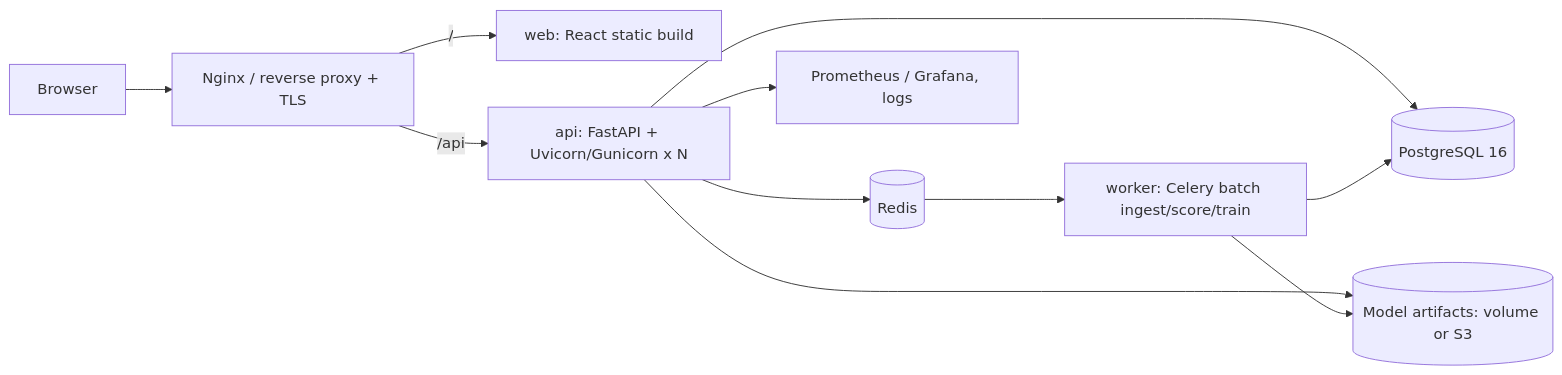
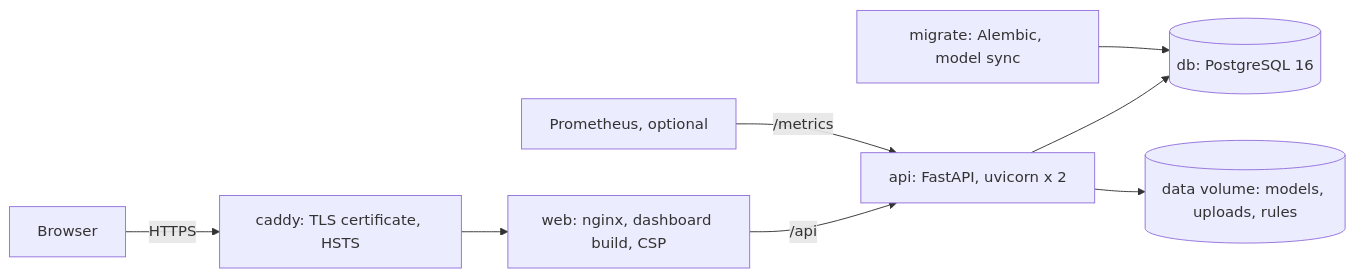
One commit to Tanweer076/Fraud-Risk-Platform changed the third of 3 diagrams in docs/architecture.md. Above: the diagram before and after it, drawn with Mermaid. The commit also changed other lines of this file and 1 other file, not shown here.

First line of the commit message:
Document running with Docker, deployment and browser tests

````diff
--- a/docs/architecture.md
+++ b/docs/architecture.md
@@ -364,13 +366,10 @@
 ```mermaid
 flowchart LR
-  U[Browser] --> N[Nginx / reverse proxy + TLS]
-  N -->|/| W[web: React static build]
-  N -->|/api| A[api: FastAPI + Uvicorn/Gunicorn x N]
-  A --> P[(PostgreSQL 16)]
-  A --> O[(Model artifacts: volume or S3)]
-  A --> Q[(Redis)]
-  Q --> K[worker: Celery batch ingest/score/train]
-  K --> P
-  K --> O
-  A --> M[Prometheus / Grafana, logs]
+  U[Browser] -->|HTTPS| C[caddy: TLS certificate, HSTS]
+  C --> N[web: nginx, dashboard build, CSP]
+  N -->|/api| A[api: FastAPI, uvicorn x 2]
+  A --> P[(db: PostgreSQL 16)]
+  A --> D[(data volume: models, uploads, rules)]
+  R[migrate: Alembic, model sync] --> P
+  M[Prometheus, optional] -->|/metrics| A
 ```
````
